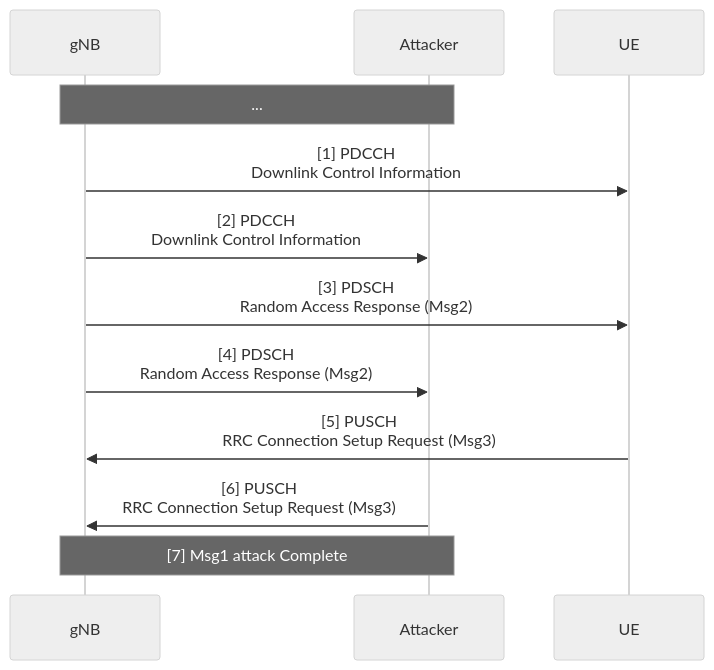
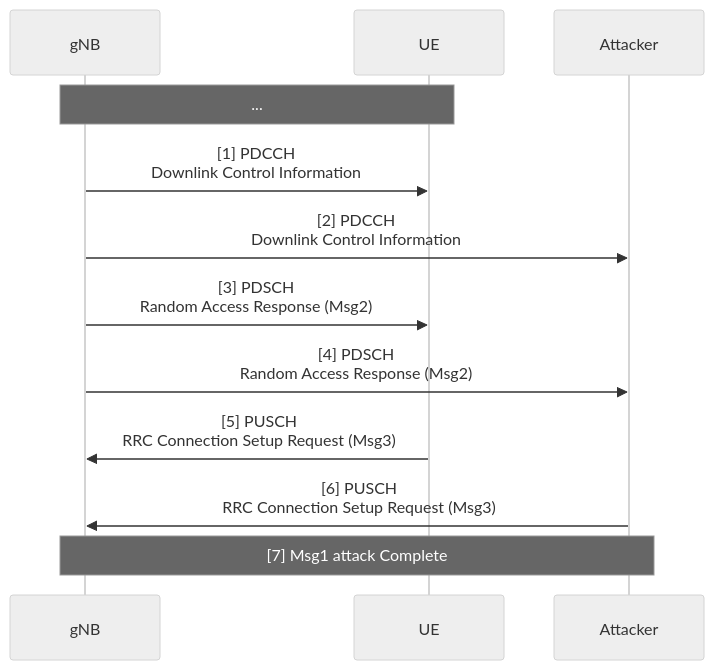
The third of 3 diagrams in docs/20250307 Thesis (Random Access Procedure and Attack).md (bmw-ece-ntust/wilfrid-prach-attack-analysis), drawn with Mermaid (neutral theme) before and after one commit.

Commit message:
Update 20250307 Thesis (Random Access Procedure and Attack).md

````diff
--- a/docs/20250307 Thesis (Random Access Procedure and Attack).md
+++ b/docs/20250307 Thesis (Random Access Procedure and Attack).md
@@ -86,11 +86,11 @@
 ```mermaid
 sequenceDiagram
-    Note over gNB,Attacker: ...
+    Note over gNB,UE: ...
     gNB->>UE: [1] PDCCH<br/>Downlink Control Information
     gNB->>Attacker: [2] PDCCH<br/>Downlink Control Information
     gNB->>UE: [3] PDSCH<br/>Random Access Response (Msg2)
     gNB->>Attacker: [4] PDSCH<br/>Random Access Response (Msg2)
     UE->>gNB: [5] PUSCH<br/>RRC Connection Setup Request (Msg3)
     Attacker->>gNB: [6] PUSCH<br/>RRC Connection Setup Request (Msg3)
     Note over gNB,Attacker: [7] Msg1 attack Complete
 ```
````
